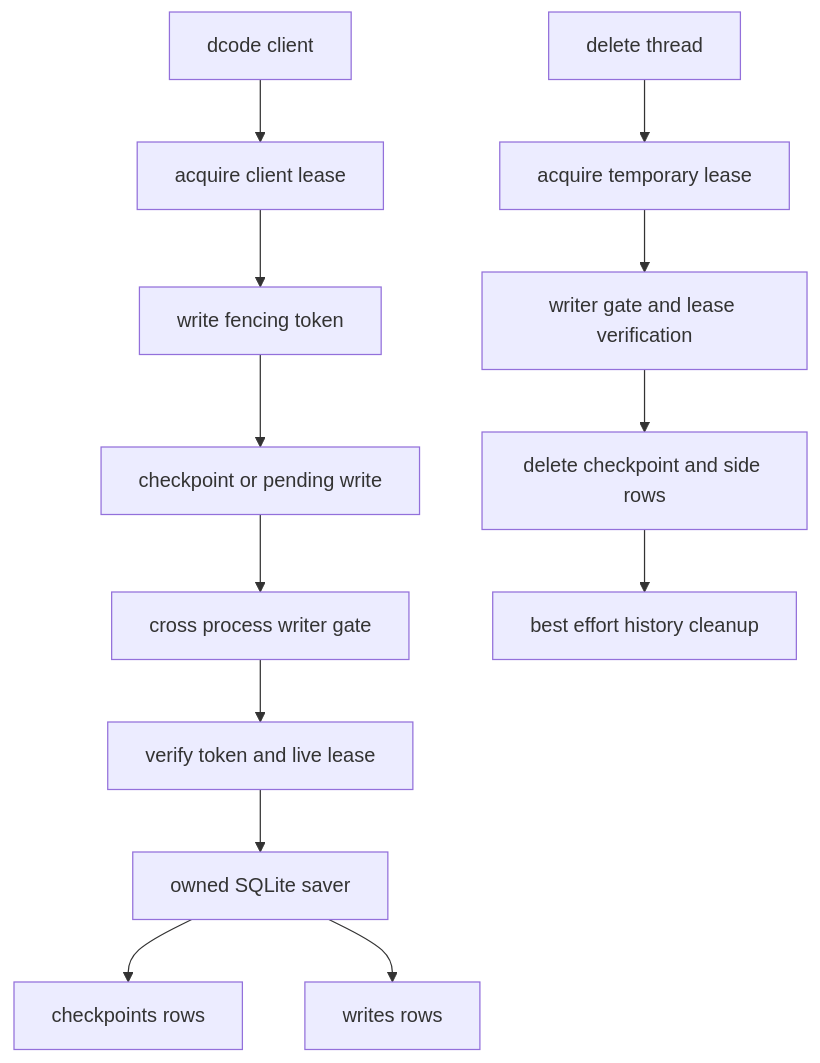
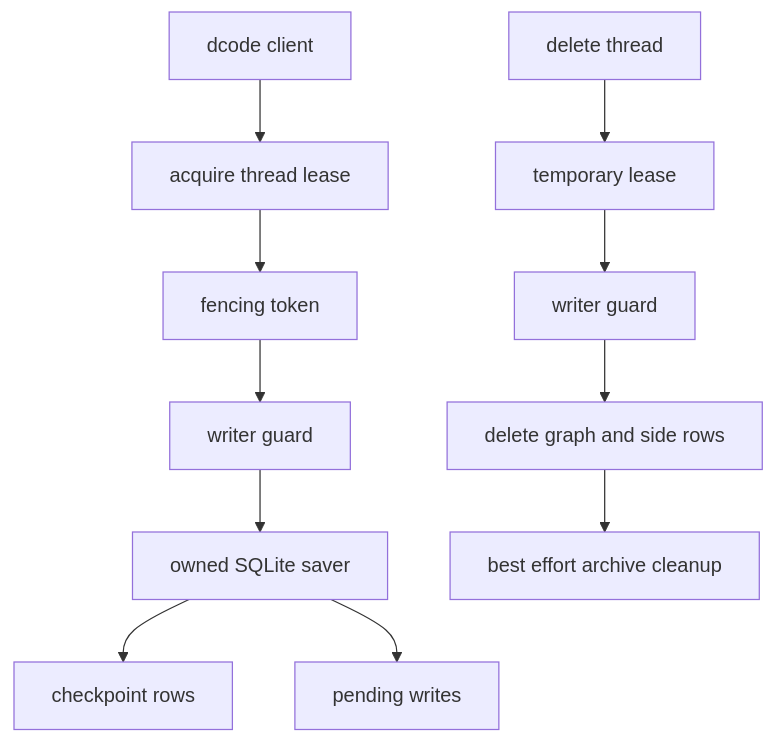
Before and after one commit to langchain-ai/deepagents: the first of 2 diagrams in openwiki/concepts/state-persistence.md, drawn with Mermaid. The commit also changed other lines of this file and 63 other files, not shown here.

````diff
--- a/openwiki/concepts/state-persistence.md
+++ b/openwiki/concepts/state-persistence.md
@@ -65,15 +69,13 @@
 ```mermaid
 flowchart TD
-    Client["dcode client"] --> Acquire["acquire client lease"]
-    Acquire --> Token["write fencing token"]
-    Token --> Mutation["checkpoint or pending write"]
-    Mutation --> Gate["cross process writer gate"]
-    Gate --> Verify["verify token and live lease"]
-    Verify --> Saver["owned SQLite saver"]
-    Saver --> Checkpoints["checkpoints rows"]
-    Saver --> Writes["writes rows"]
-    Delete["delete thread"] --> AcquireDelete["acquire temporary lease"]
-    AcquireDelete --> DeleteGate["writer gate and lease verification"]
-    DeleteGate --> DeleteRows["delete checkpoint and side rows"]
-    DeleteRows --> Cleanup["best effort history cleanup"]
+    Client["dcode client"] --> Lease["acquire thread lease"]
+    Lease --> Token["fencing token"]
+    Token --> Gate["writer guard"]
+    Gate --> Saver["owned SQLite saver"]
+    Saver --> Checkpoints["checkpoint rows"]
+    Saver --> Writes["pending writes"]
+    Delete["delete thread"] --> DeleteLease["temporary lease"]
+    DeleteLease --> DeleteGate["writer guard"]
+    DeleteGate --> Rows["delete graph and side rows"]
+    Rows --> Cleanup["best effort archive cleanup"]
 ```
````
